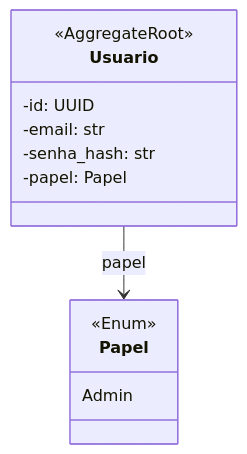
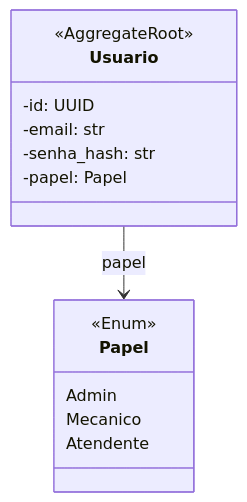
The fifth of 6 diagrams in docs/arquitetura/modelo-dominio.md (fiap-postech-sw-architecture/postech-sw-arch-p2), drawn with Mermaid before and after one commit. The commit also changed 30 other files, not shown here.

````diff
--- a/docs/arquitetura/modelo-dominio.md
+++ b/docs/arquitetura/modelo-dominio.md
@@ -192,17 +192,19 @@
 ```mermaid
 classDiagram
     class Usuario {
         <<AggregateRoot>>
         -id: UUID
         -email: str
         -senha_hash: str
         -papel: Papel
     }
 
     class Papel {
         <<Enum>>
         Admin
+        Mecanico
+        Atendente
     }
 
     Usuario --> Papel : papel
 ```
````
